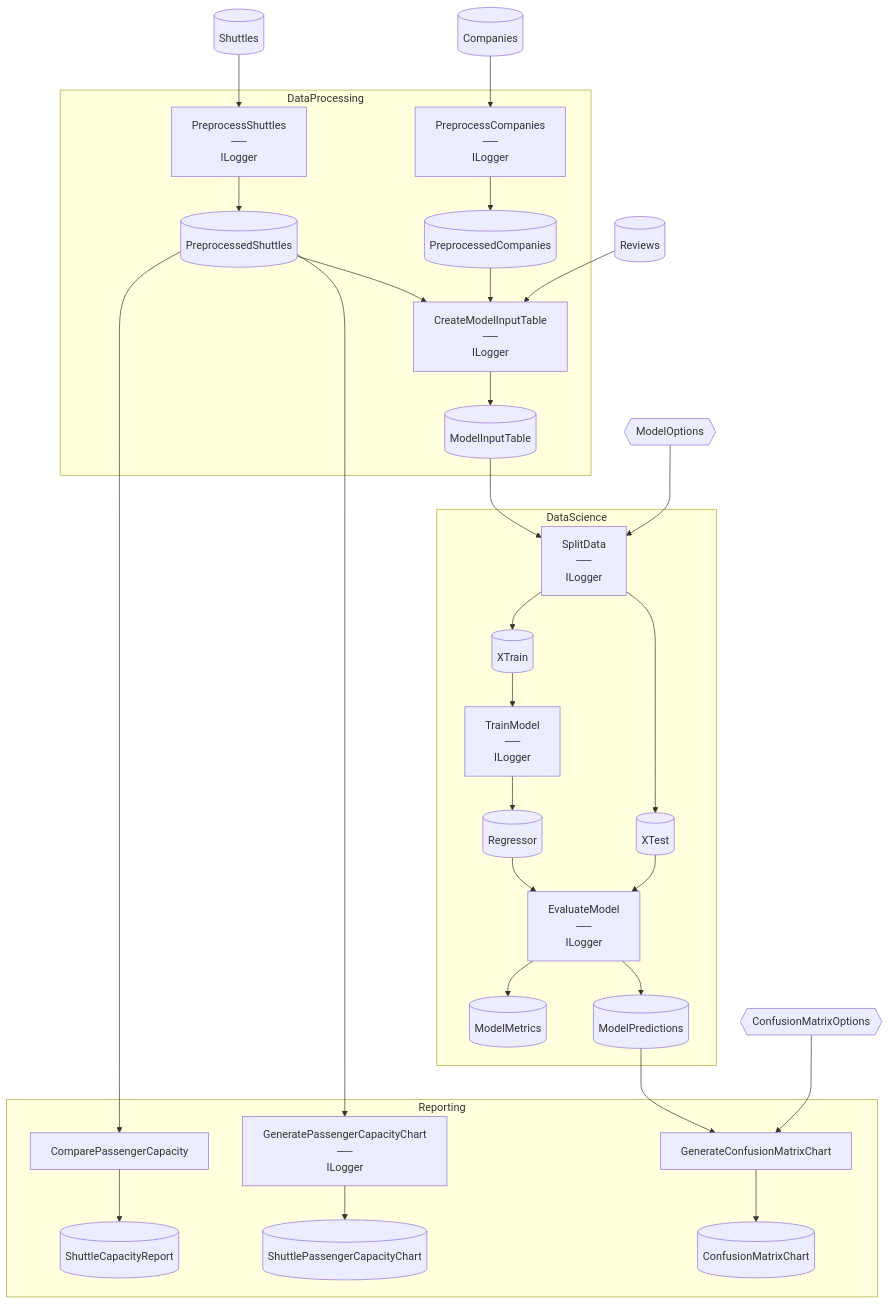
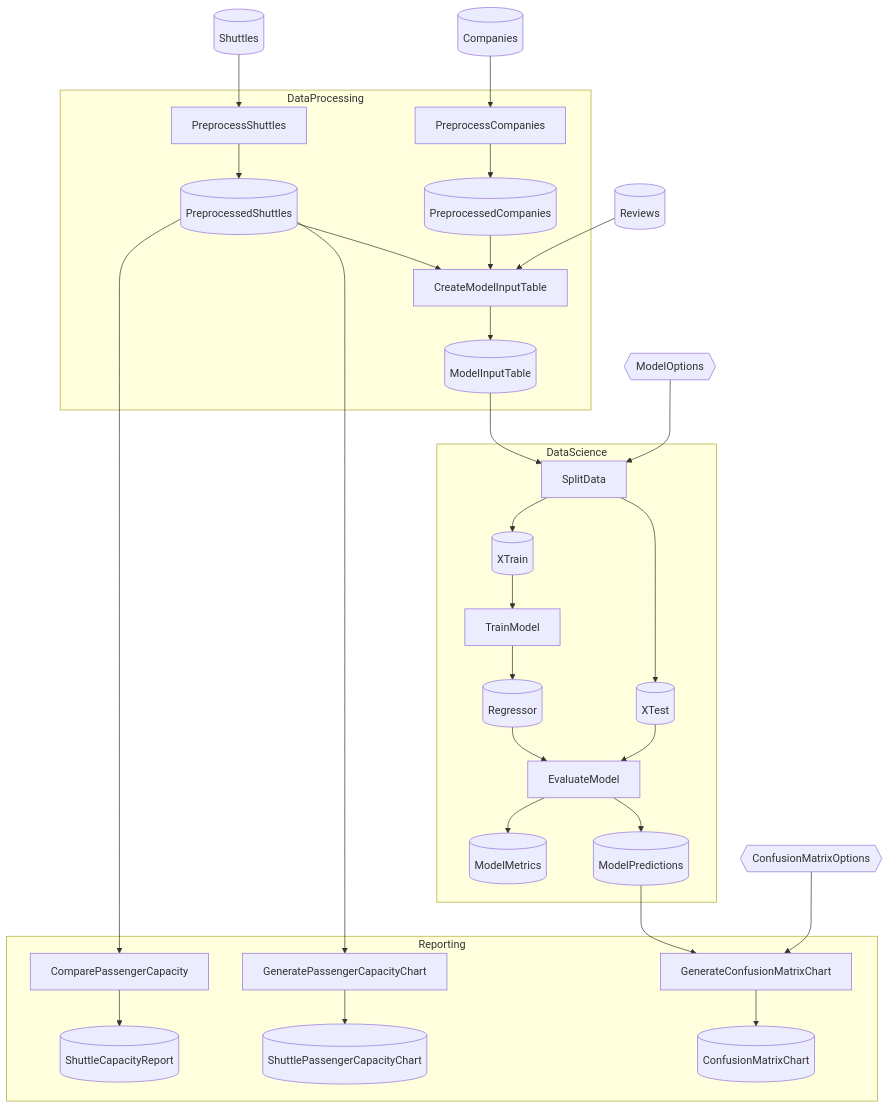
The diagram in examples/starter/Spaceflights/README.md (chaoticgoodcomputing/flowthru), drawn with Mermaid before and after one commit. The commit also changed 18 other files, not shown here.

````diff
--- a/examples/starter/Spaceflights/README.md
+++ b/examples/starter/Spaceflights/README.md
@@ -39,67 +39,67 @@
 ```mermaid
 flowchart TB
 
     %% External Data Inputs
     Companies[("Companies")]
     ConfusionMatrixOptions{{"ConfusionMatrixOptions"}}
     ModelOptions{{"ModelOptions"}}
     Reviews[("Reviews")]
     Shuttles[("Shuttles")]
 
     subgraph DataProcessing["DataProcessing"]
-        PreprocessCompanies["PreprocessCompanies<br>──<br>ILogger"]
+        PreprocessCompanies["PreprocessCompanies"]
         PreprocessedCompanies[("PreprocessedCompanies")]
-        PreprocessShuttles["PreprocessShuttles<br>──<br>ILogger"]
+        PreprocessShuttles["PreprocessShuttles"]
         PreprocessedShuttles[("PreprocessedShuttles")]
-        CreateModelInputTable["CreateModelInputTable<br>──<br>ILogger"]
+        CreateModelInputTable["CreateModelInputTable"]
         ModelInputTable[("ModelInputTable")]
     end
 
     subgraph DataScience["DataScience"]
-        SplitData["SplitData<br>──<br>ILogger"]
+        SplitData["SplitData"]
         XTrain[("XTrain")]
         XTest[("XTest")]
-        TrainModel["TrainModel<br>──<br>ILogger"]
+        TrainModel["TrainModel"]
         Regressor[("Regressor")]
-        EvaluateModel["EvaluateModel<br>──<br>ILogger"]
+        EvaluateModel["EvaluateModel"]
         ModelMetrics[("ModelMetrics")]
         ModelPredictions[("ModelPredictions")]
     end
 
     subgraph Reporting["Reporting"]
         ComparePassengerCapacity["ComparePassengerCapacity"]
         ShuttleCapacityReport[("ShuttleCapacityReport")]
-        GeneratePassengerCapacityChart["GeneratePassengerCapacityChart<br>──<br>ILogger"]
+        GeneratePassengerCapacityChart["GeneratePassengerCapacityChart"]
         ShuttlePassengerCapacityChart[("ShuttlePassengerCapacityChart")]
         GenerateConfusionMatrixChart["GenerateConfusionMatrixChart"]
         ConfusionMatrixChart[("ConfusionMatrixChart")]
     end
 
     %% Edges
     Companies --> PreprocessCompanies
     PreprocessCompanies --> PreprocessedCompanies
     Shuttles --> PreprocessShuttles
     PreprocessShuttles --> PreprocessedShuttles
     PreprocessedShuttles --> CreateModelInputTable
     PreprocessedCompanies --> CreateModelInputTable
     Reviews --> CreateModelInputTable
     CreateModelInputTable --> ModelInputTable
     PreprocessedShuttles --> ComparePassengerCapacity
     ComparePassengerCapacity --> ShuttleCapacityReport
     PreprocessedShuttles --> GeneratePassengerCapacityChart
     GeneratePassengerCapacityChart --> ShuttlePassengerCapacityChart
     ModelInputTable --> SplitData
     ModelOptions --> SplitData
     SplitData --> XTrain
     SplitData --> XTest
     XTrain --> TrainModel
     TrainModel --> Regressor
     Regressor --> EvaluateModel
     XTest --> EvaluateModel
     EvaluateModel --> ModelMetrics
     EvaluateModel --> ModelPredictions
     ModelPredictions --> GenerateConfusionMatrixChart
     ConfusionMatrixOptions --> GenerateConfusionMatrixChart
     GenerateConfusionMatrixChart --> ConfusionMatrixChart
 
 ```
````
